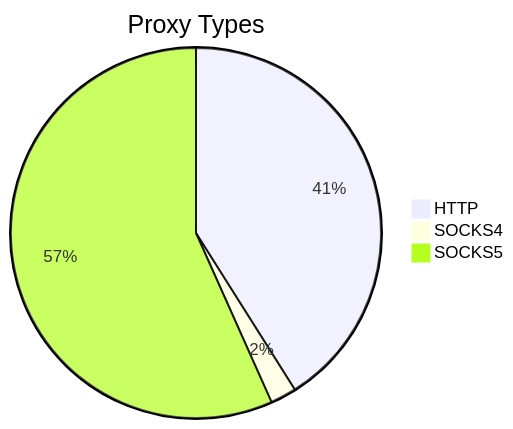
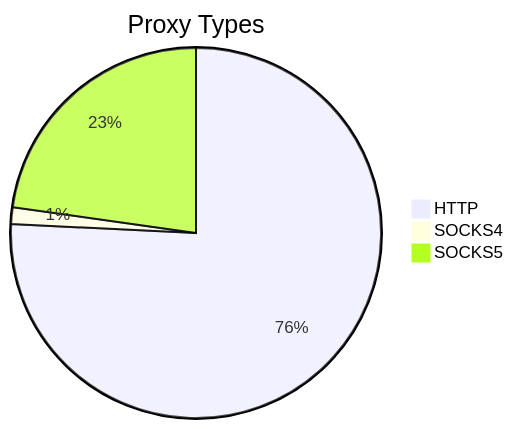
The first of 2 diagrams in README.md (stormsia/proxy-list), drawn with Mermaid before and after one commit. The commit also changed other lines of this file, not shown here.

````diff
--- a/README.md
+++ b/README.md
@@ -21,6 +21,6 @@
 ```mermaid
 pie title Proxy Types
-    "HTTP" : 1028
-    "SOCKS4" : 57
-    "SOCKS5" : 1420
+    "HTTP" : 1048
+    "SOCKS4" : 20
+    "SOCKS5" : 315
 ```
````
